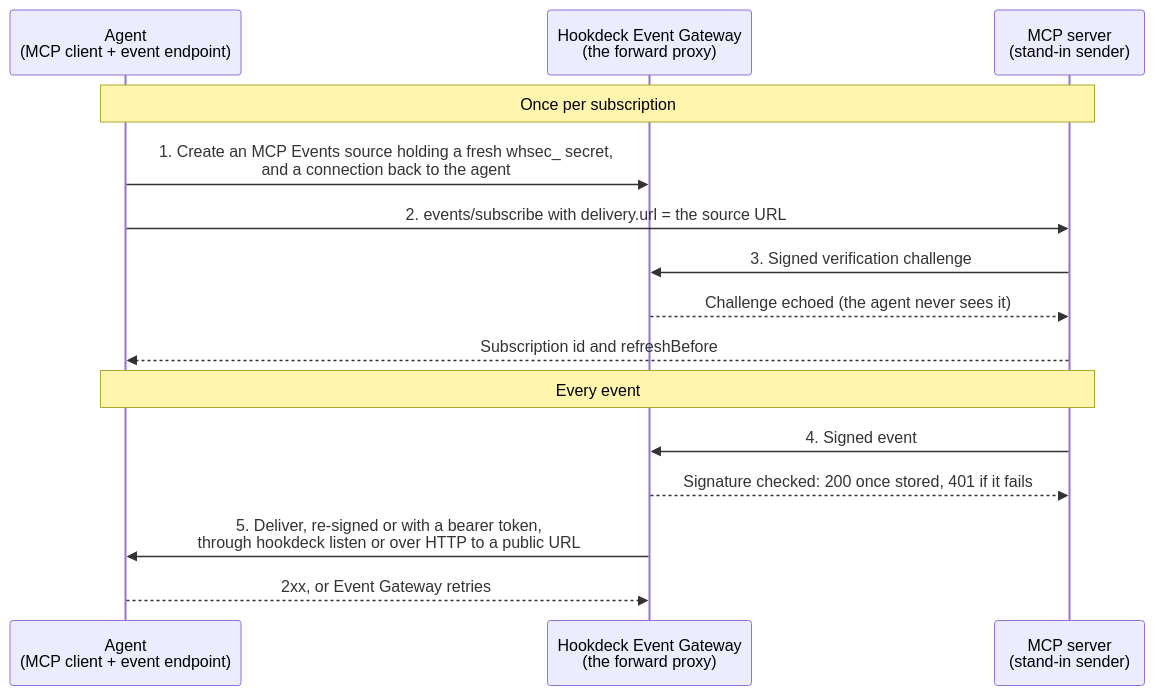
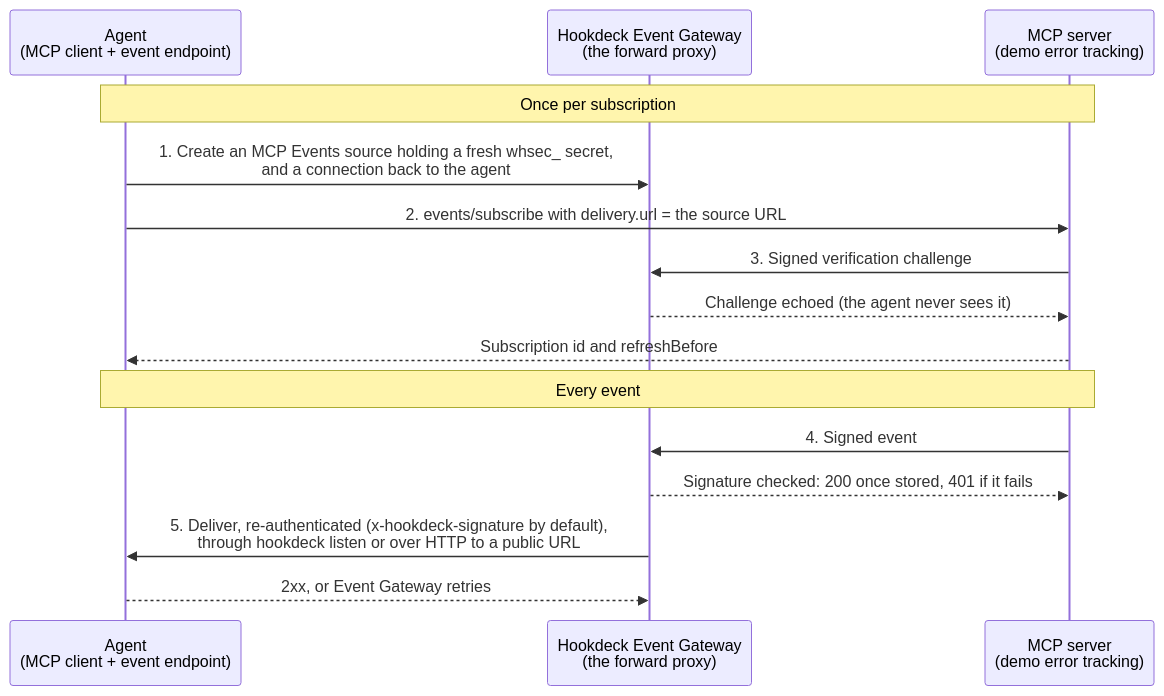
Before and after one commit to hookdeck/hookdeck-demos: the diagram in hookdeck/mcp-events-forward-proxy/README.md, drawn with Mermaid. The commit also changed other lines of this file and 17 other files, not shown here.

````diff
--- a/hookdeck/mcp-events-forward-proxy/README.md
+++ b/hookdeck/mcp-events-forward-proxy/README.md
@@ -9,17 +11,17 @@
 ```mermaid
 sequenceDiagram
     participant A as Agent<br>(MCP client + event endpoint)
     participant P as Hookdeck Event Gateway<br>(the forward proxy)
-    participant S as MCP server<br>(stand-in sender)
+    participant S as MCP server<br>(demo error tracking)
     Note over A,S: Once per subscription
     A->>P: 1. Create an MCP Events source holding a fresh whsec_ secret,<br>and a connection back to the agent
     A->>S: 2. events/subscribe with delivery.url = the source URL
     S->>P: 3. Signed verification challenge
     P-->>S: Challenge echoed (the agent never sees it)
     S-->>A: Subscription id and refreshBefore
     Note over A,S: Every event
     S->>P: 4. Signed event
     P-->>S: Signature checked: 200 once stored, 401 if it fails
-    P->>A: 5. Deliver, re-signed or with a bearer token,<br>through hookdeck listen or over HTTP to a public URL
+    P->>A: 5. Deliver, re-authenticated (x-hookdeck-signature by default),<br>through hookdeck listen or over HTTP to a public URL
     A-->>P: 2xx, or Event Gateway retries
 ```
````
